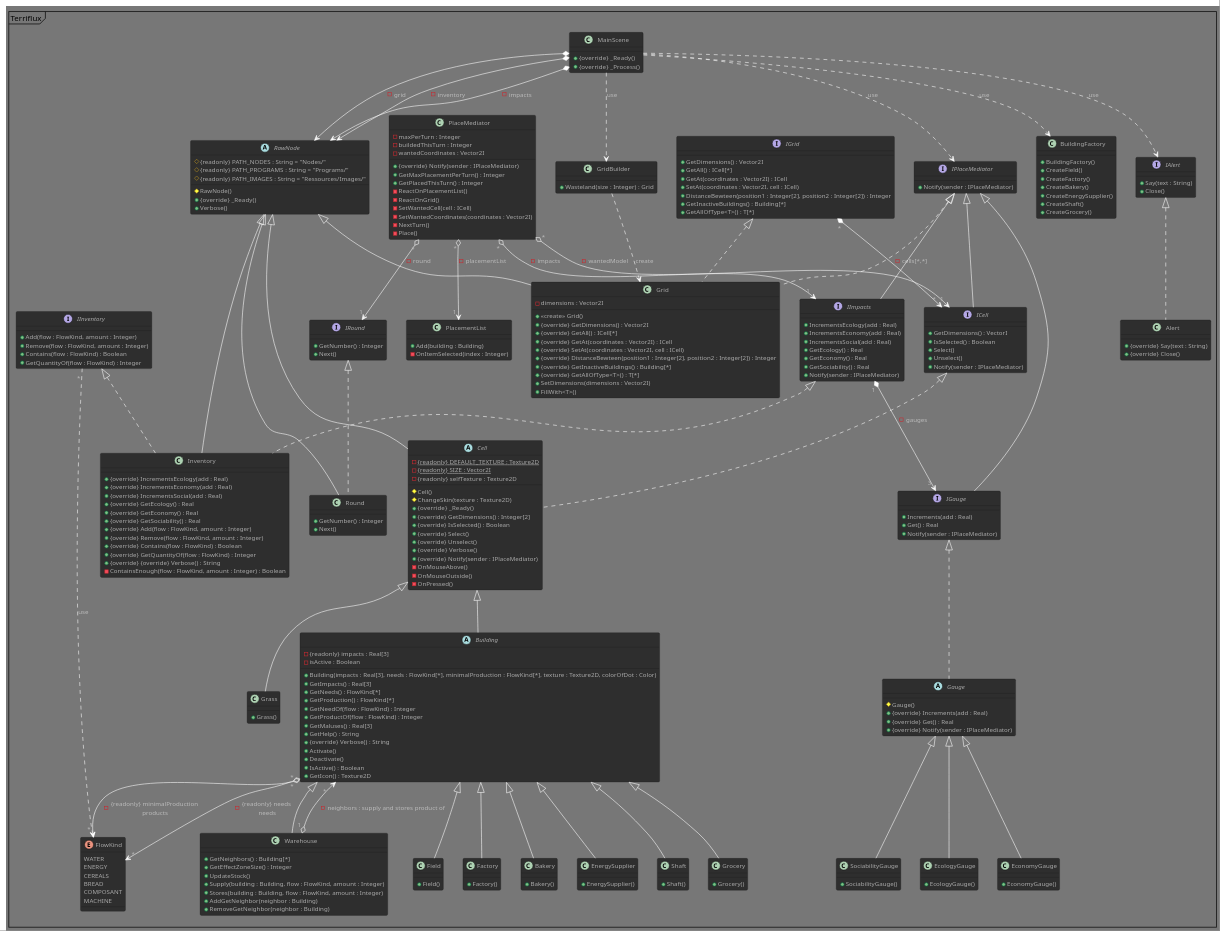
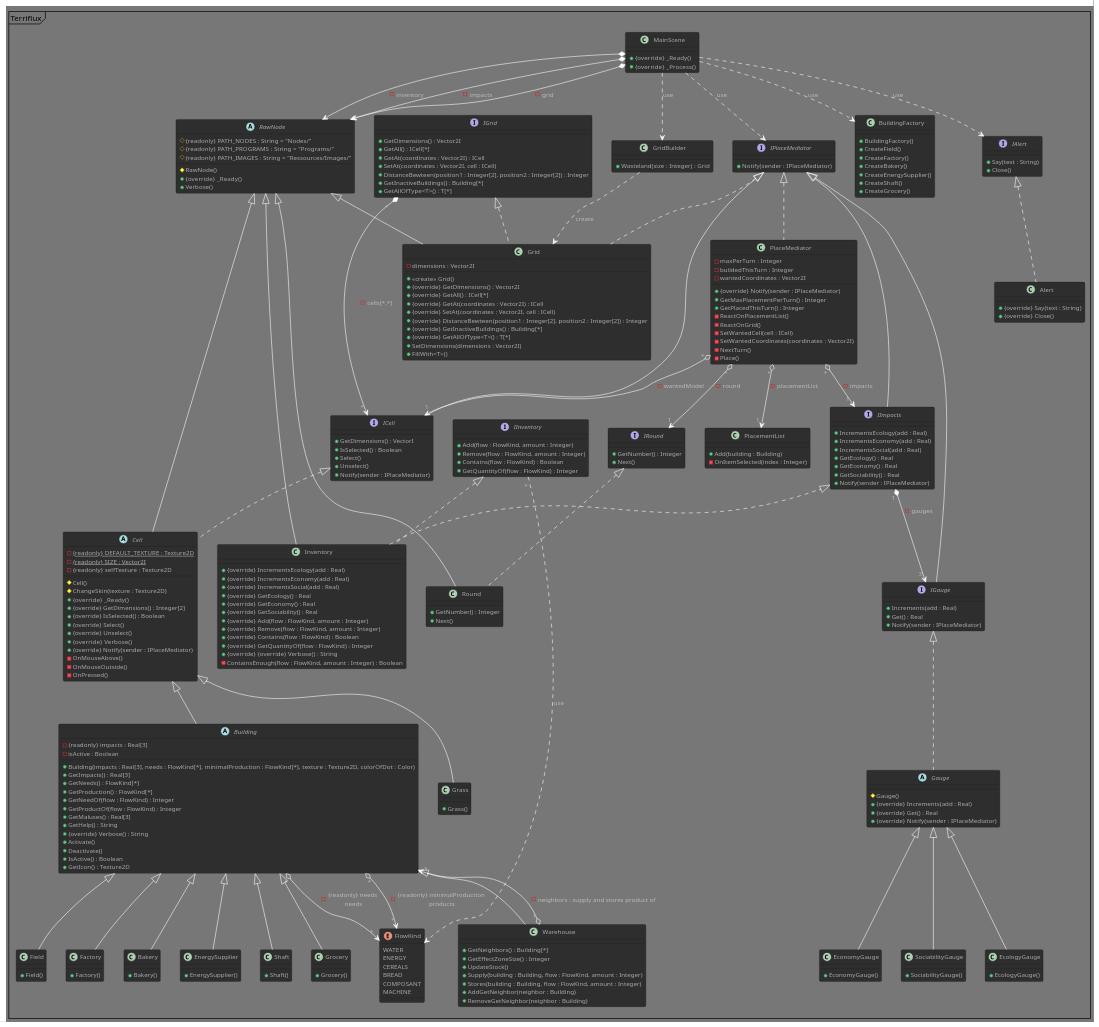
One commit to Spidermatou/Terriflux changed the diagram in Terriflux.puml. Above: the diagram before and after it, drawn with PlantUML.

Commit message:
Ajust Alert messages

```diff
--- a/Terriflux.puml
+++ b/Terriflux.puml
@@ -193,7 +193,7 @@
 }
 /' gere uniquement le placement de cellule (et donc batiments) 
 et les operations qui le precedent/suivent (choix du type, des coordonnees, etc) '/
-class PlaceMediator  
+class PlaceMediator implements IPlaceMediator
 {
     - maxPerTurn : Integer
     - buildedThisTurn : Integer
```
